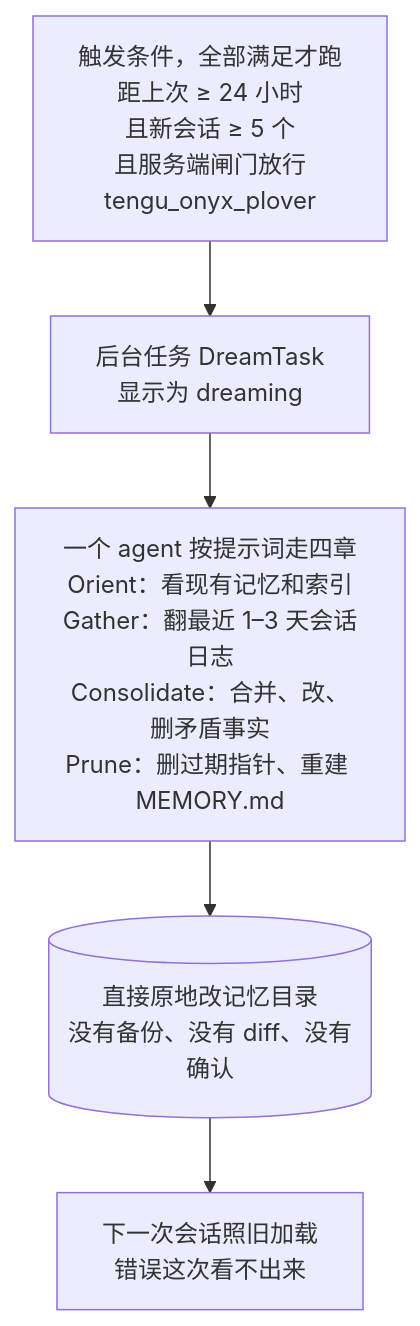
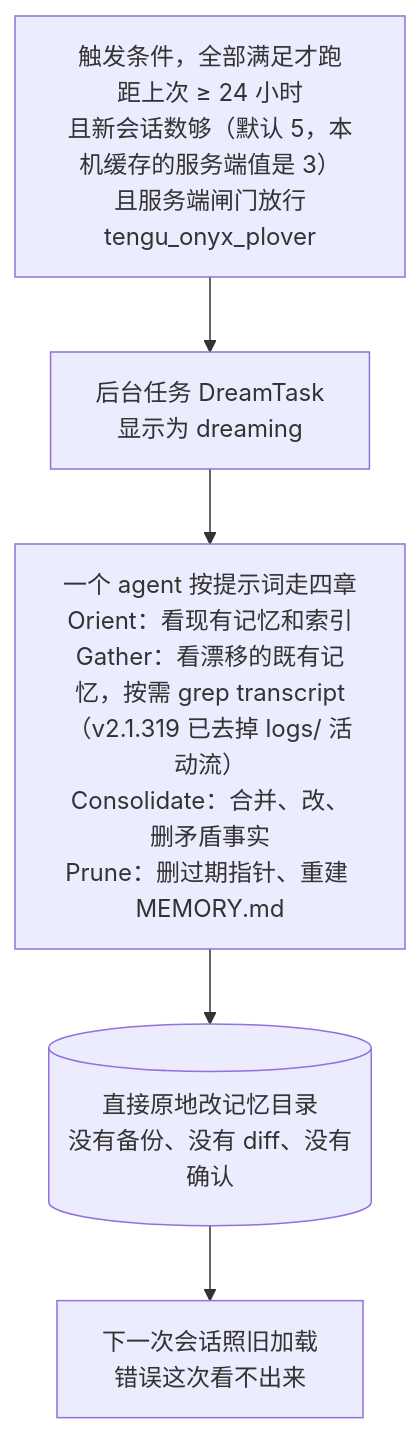
Before and after one commit to seapawn1/ClaudeDream: the second of 2 diagrams in docs/dreaming-architectures.md, drawn with Mermaid. The commit also changed other lines of this file and 4 other files, not shown here.

````diff
--- a/docs/dreaming-architectures.md
+++ b/docs/dreaming-architectures.md
@@ -31,7 +31,7 @@
 ```mermaid
 flowchart TD
-    T["触发条件，全部满足才跑<br/>距上次 ≥ 24 小时<br/>且新会话 ≥ 5 个<br/>且服务端闸门放行<br/>tengu_onyx_plover"] --> D["后台任务 DreamTask<br/>显示为 dreaming"]
-    D --> P["一个 agent 按提示词走四章<br/>Orient：看现有记忆和索引<br/>Gather：翻最近 1–3 天会话日志<br/>Consolidate：合并、改、删矛盾事实<br/>Prune：删过期指针、重建 MEMORY.md"]
+    T["触发条件，全部满足才跑<br/>距上次 ≥ 24 小时<br/>且新会话数够（默认 5，本机缓存的服务端值是 3）<br/>且服务端闸门放行<br/>tengu_onyx_plover"] --> D["后台任务 DreamTask<br/>显示为 dreaming"]
+    D --> P["一个 agent 按提示词走四章<br/>Orient：看现有记忆和索引<br/>Gather：看漂移的既有记忆，按需 grep transcript<br/>（v2.1.319 已去掉 logs/ 活动流）<br/>Consolidate：合并、改、删矛盾事实<br/>Prune：删过期指针、重建 MEMORY.md"]
     P --> W[("直接原地改记忆目录<br/>没有备份、没有 diff、没有确认")]
     W --> N["下一次会话照旧加载<br/>错误这次看不出来"]
 ```
````
